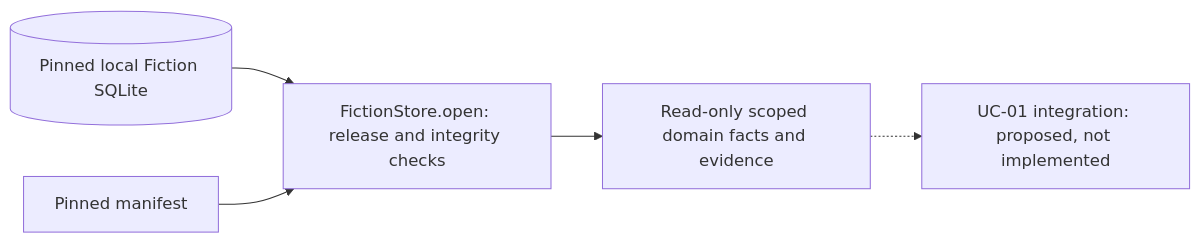
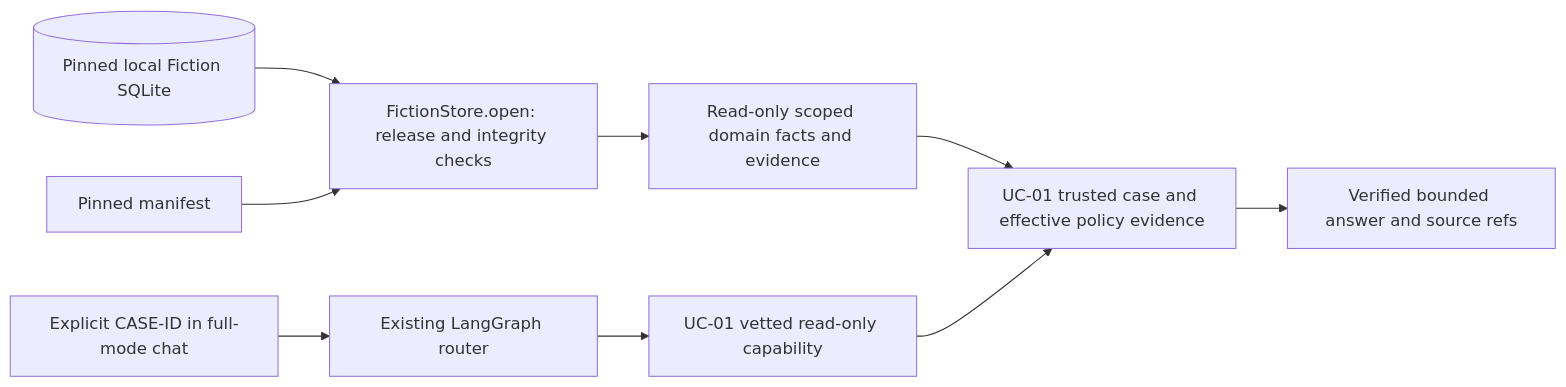
Before and after one commit to hungtvb/retailIQ: the first of 2 diagrams in docs/ARCHITECTURE.md, drawn with Mermaid. The commit also changed other lines of this file and 8 other files, not shown here.

First line of the commit message:
feat(UC-01 T02): wire verified Fiction case into LangGraph chat (#40)

````diff
--- a/docs/ARCHITECTURE.md
+++ b/docs/ARCHITECTURE.md
@@ -16,7 +16,11 @@
 ```mermaid
 flowchart LR
  FDB[(Pinned local Fiction SQLite)] --> Store[FictionStore.open: release and integrity checks]
  Manifest[Pinned manifest] --> Store
  Store --> Read[Read-only scoped domain facts and evidence]
- Read -.-> Future[UC-01 integration: proposed, not implemented]
+ Read --> Case[UC-01 trusted case and effective policy evidence]
+ User[Explicit CASE-ID in full-mode chat] --> Graph[Existing LangGraph router]
+ Graph --> CaseAgent[UC-01 vetted read-only capability]
+ CaseAgent --> Case
+ Case --> Reply[Verified bounded answer and source refs]
 ```
````
